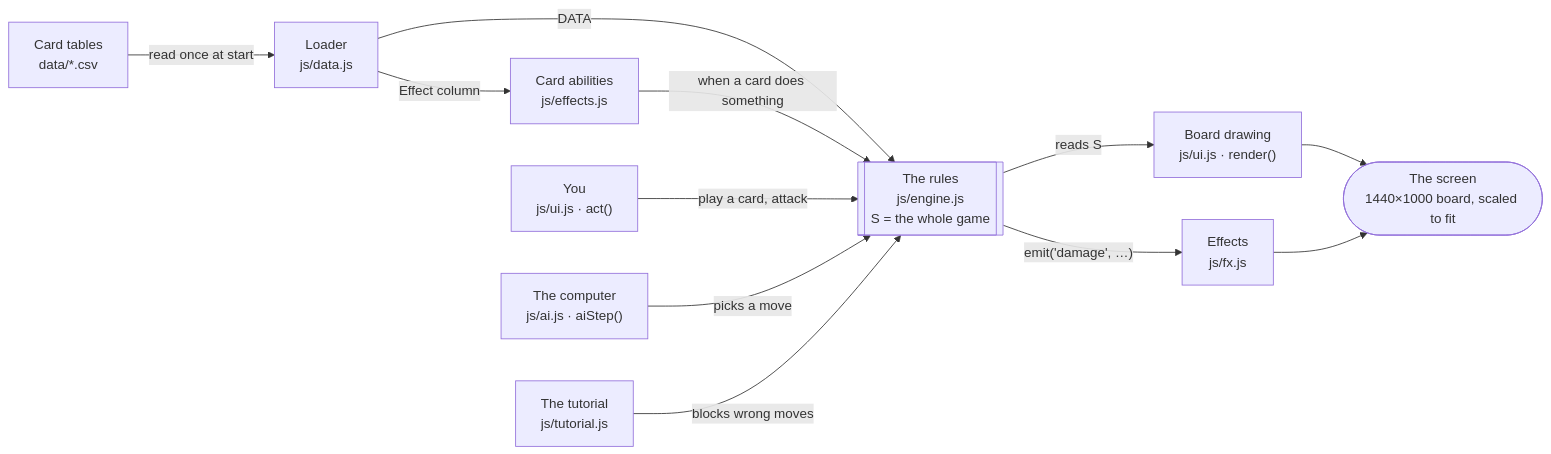
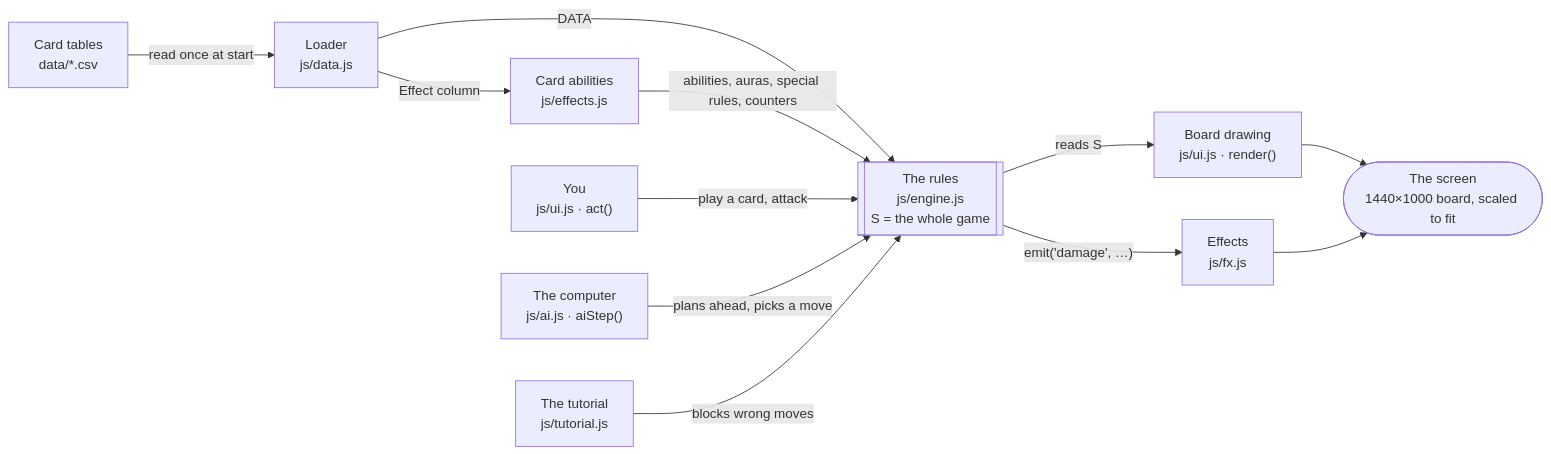
One commit to dmolloy98-stack-stack/Shardfall_TCG changed the first of 3 diagrams in docs/code-map.md. Above: the diagram before and after it, drawn with Mermaid. The commit also changed other lines of this file, not shown here.

````diff
--- a/docs/code-map.md
+++ b/docs/code-map.md
@@ -14,18 +14,18 @@
 ```mermaid
 flowchart LR
   csv["Card tables<br/>data/*.csv"] -->|read once at start| data["Loader<br/>js/data.js"]
   data -->|Effect column| fx_text["Card abilities<br/>js/effects.js"]
   data -->|DATA| engine
-  fx_text -->|when a card does something| engine
+  fx_text -->|abilities, auras, special rules, counters| engine
 
   you["You<br/>js/ui.js · act()"] -->|play a card, attack| engine
-  ai["The computer<br/>js/ai.js · aiStep()"] -->|picks a move| engine
+  ai["The computer<br/>js/ai.js · aiStep()"] -->|plans ahead, picks a move| engine
   tut["The tutorial<br/>js/tutorial.js"] -->|blocks wrong moves| engine
 
   engine[["The rules<br/>js/engine.js<br/>S = the whole game"]]
 
   engine -->|reads S| render["Board drawing<br/>js/ui.js · render()"]
   engine -->|"emit('damage', …)"| fx["Effects<br/>js/fx.js"]
   render --> screen(["The screen<br/>1440×1000 board, scaled to fit"])
   fx --> screen
 ```
````
